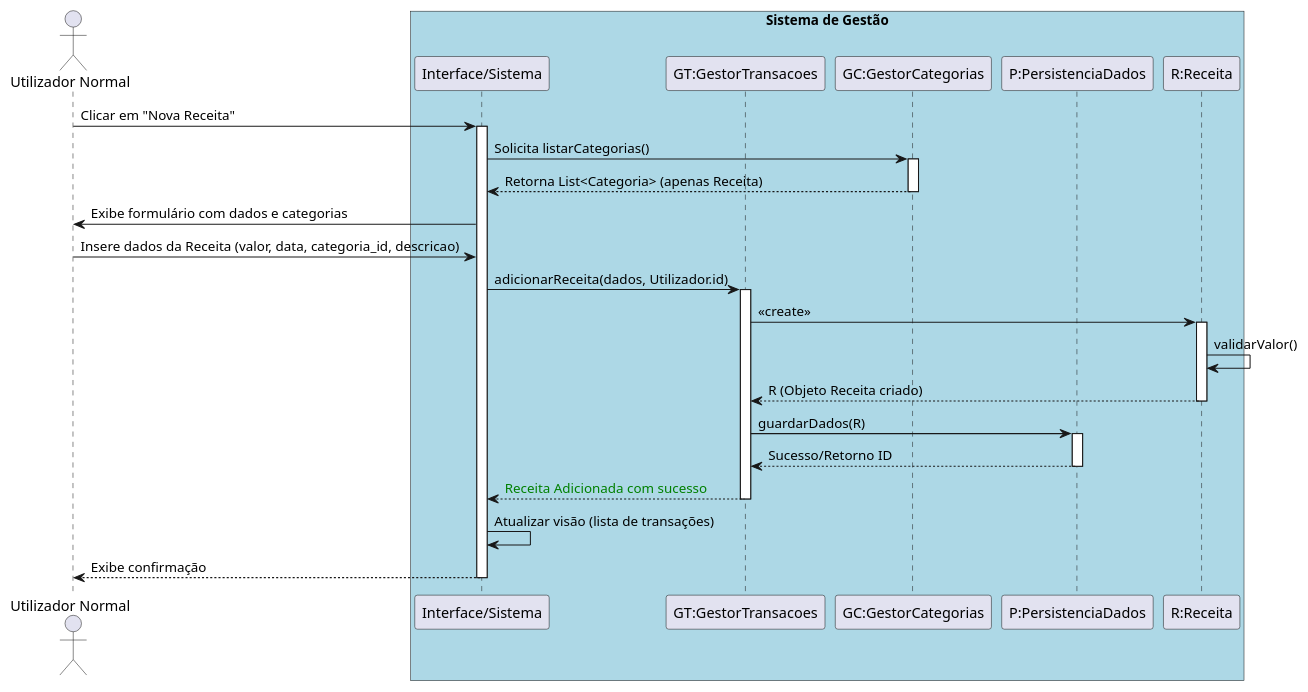
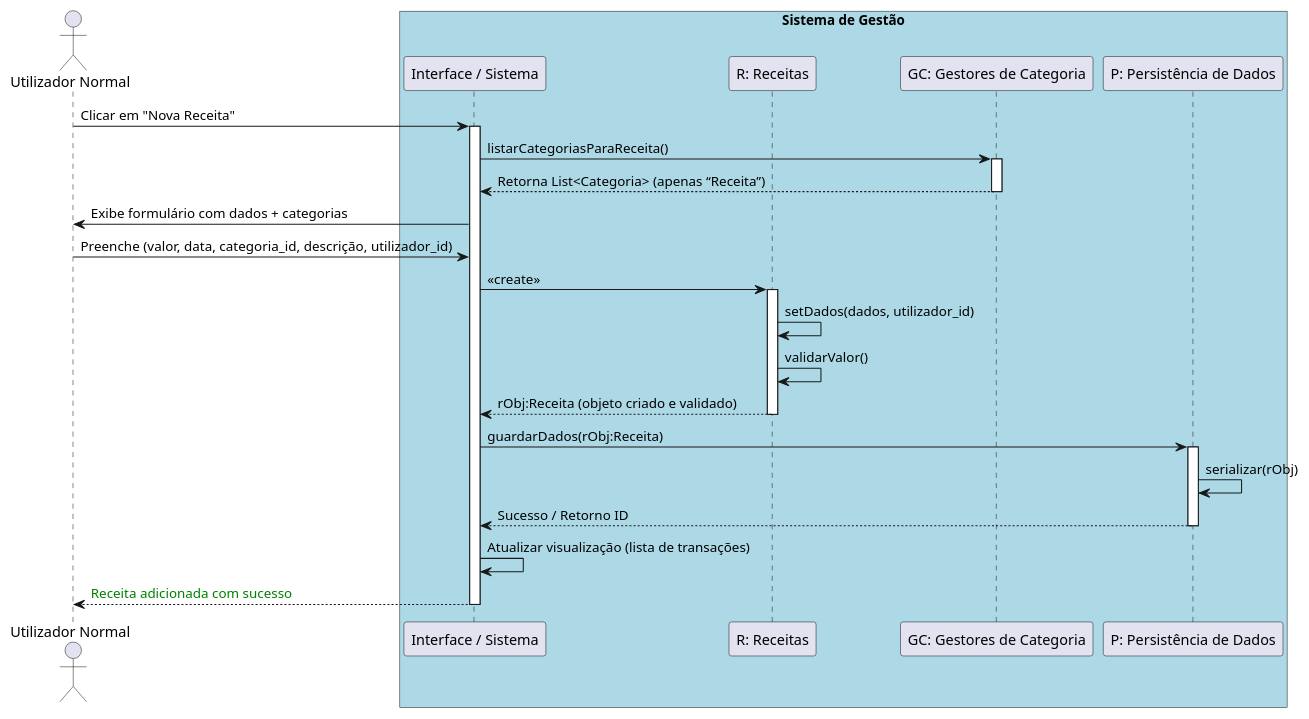
Before and after one commit to helenatchuda/Projeto_final: the fourth of 4 diagrams in Diagramas.plantuml, drawn with PlantUML. The commit also changed other lines of this file, not shown here.

```diff
--- a/Diagramas.plantuml
+++ b/Diagramas.plantuml
@@ -270,47 +245,42 @@
 @startuml Gestão de Receita
 
-
-actor "Utilizador Normal" as U 
+actor "Utilizador Normal" as U
 
 box "Sistema de Gestão" #LightBlue
-  participant "Interface/Sistema" as UI
-  participant "GT:GestorTransacoes" as GT
-  participant "GC:GestorCategorias" as GC
-  participant "P:PersistenciaDados" as PD
-  participant "R:Receita" as RECEITA
+    participant "Interface / Sistema" as UI
+    participant "R: Receitas" as R_CLASS
+    participant "GC: Gestores de Categoria" as GC
+    participant "P: Persistência de Dados" as PD
 end box
 
-U -> UI: Clicar em "Nova Receita"
+U -> UI : Clicar em "Nova Receita"
 activate UI
 
-' -- Verificação e Seleção de Categoria --
-UI -> GC: Solicita listarCategorias()
+UI -> GC : listarCategoriasParaReceita()
 activate GC
-GC --> UI: Retorna List<Categoria> (apenas Receita)
+GC --> UI : Retorna List<Categoria> (apenas “Receita”)
 deactivate GC
 
-UI -> U: Exibe formulário com dados e categorias
-U -> UI: Insere dados da Receita (valor, data, categoria_id, descricao)
+UI -> U : Exibe formulário com dados + categorias
+U -> UI : Preenche (valor, data, categoria_id, descrição, utilizador_id)
 
-' -- Processamento e Persistência --
-UI -> GT: adicionarReceita(dados, Utilizador.id)
-activate GT
+UI -> R_CLASS : <<create>>
+activate R_CLASS
 
-  GT -> RECEITA: <<create>>
-  activate RECEITA
-  RECEITA -> RECEITA: validarValor()
-  RECEITA --> GT: R (Objeto Receita criado)
-  deactivate RECEITA
+R_CLASS -> R_CLASS : setDados(dados, utilizador_id)
+R_CLASS -> R_CLASS : validarValor()
+R_CLASS --> UI : rObj:Receita (objeto criado e validado)
+deactivate R_CLASS
 
-  GT -> PD: guardarDados(R)
-  activate PD
-  PD --> GT: Sucesso/Retorno ID
-  deactivate PD
+UI -> PD : guardarDados(rObj:Receita)
+activate PD
+PD -> PD : serializar(rObj)
+PD --> UI : Sucesso / Retorno ID
+deactivate PD
 
-GT --> UI: <font color=green>Receita Adicionada com sucesso</font>
-deactivate GT
-' 
-UI -> UI: Atualizar visão (lista de transações)
-UI --> U: Exibe confirmação
+UI -> UI : Atualizar visualização (lista de transações)
+UI --> U : <font color=green>Receita adicionada com sucesso</font>
+
 deactivate UI
+
 @enduml
```
